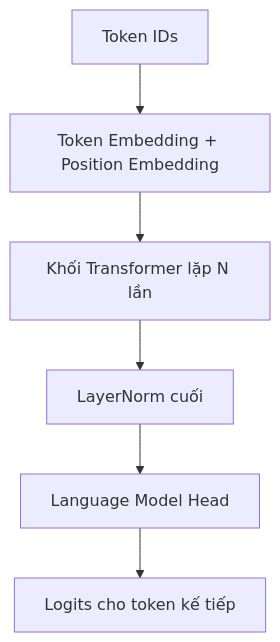
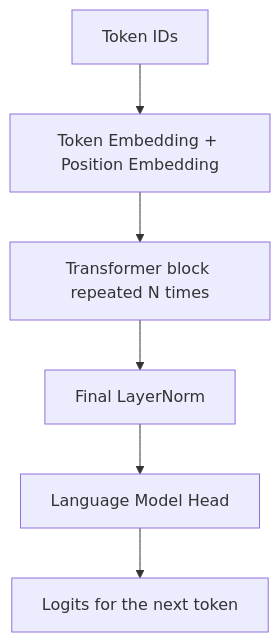
The first of 2 diagrams in Gen-AI/transformer.md (Tinnnn-vn/Deep-Learning), drawn with Mermaid before and after one commit. The commit also changed other lines of this file, not shown here.

````diff
--- a/Gen-AI/transformer.md
+++ b/Gen-AI/transformer.md
@@ -26,8 +26,8 @@
 ```mermaid
 flowchart TD
     A[Token IDs] --> B[Token Embedding + Position Embedding]
-    B --> C[Khối Transformer lặp N lần]
-    C --> D[LayerNorm cuối]
+    B --> C[Transformer block repeated N times]
+    C --> D[Final LayerNorm]
     D --> E[Language Model Head]
-    E --> F[Logits cho token kế tiếp]
+    E --> F[Logits for the next token]
 ```
````
